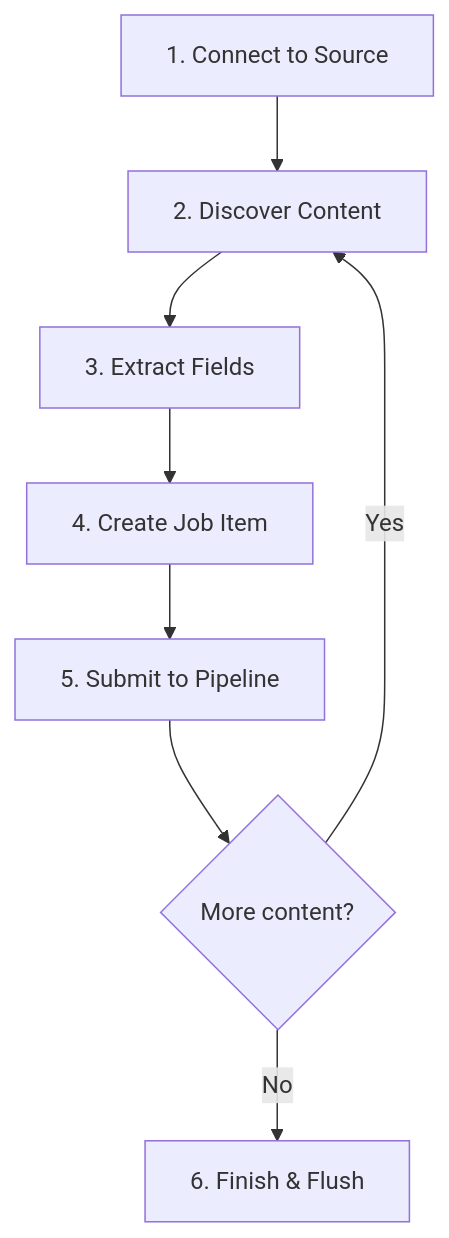
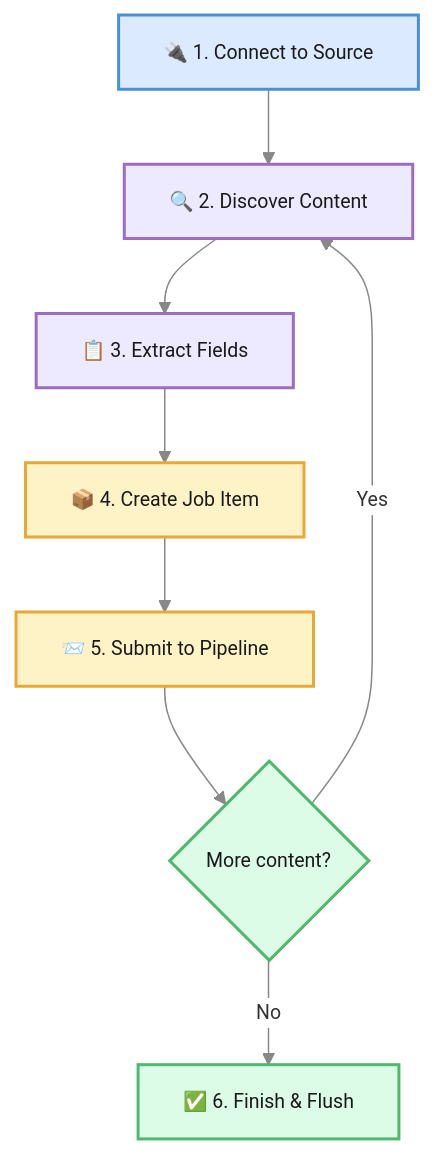
The diagram in docs-dumont/connectors/overview.md (openviglet/docs), drawn with Mermaid before and after one commit. The commit also changed 49 other files, not shown here.

First line of the commit message:
Standardize Mermaid diagrams and conventions

````diff
--- a/docs-dumont/connectors/overview.md
+++ b/docs-dumont/connectors/overview.md
@@ -29,10 +29,21 @@
 ```mermaid
+%%{init: {'theme': 'base', 'themeVariables': {'fontSize': '13px', 'primaryColor': '#fff', 'primaryBorderColor': '#c0c0c0', 'lineColor': '#888', 'textColor': '#333'}}}%%
 graph TD
-    A["1. Connect to Source"] --> B["2. Discover Content"]
-    B --> C["3. Extract Fields"]
-    C --> D["4. Create Job Item"]
-    D --> E["5. Submit to Pipeline"]
-    E --> F{More content?}
+    A["🔌 1. Connect to Source"] --> B["🔍 2. Discover Content"]
+    B --> C["📋 3. Extract Fields"]
+    C --> D["📦 4. Create Job Item"]
+    D --> E["📨 5. Submit to Pipeline"]
+    E --> F{"More content?"}
     F -->|Yes| B
-    F -->|No| G["6. Finish & Flush"]
+    F -->|No| G["✅ 6. Finish & Flush"]
+
+    classDef blue fill:#dbeafe,stroke:#4A90D9,stroke-width:2px,color:#1a1a1a
+    classDef green fill:#dcfce7,stroke:#50B86C,stroke-width:2px,color:#1a1a1a
+    classDef purple fill:#ede9fe,stroke:#9B6EC5,stroke-width:2px,color:#1a1a1a
+    classDef amber fill:#fef3c7,stroke:#E8A838,stroke-width:2px,color:#1a1a1a
+
+    class A blue
+    class B,C purple
+    class D,E amber
+    class F,G green
 ```
````
